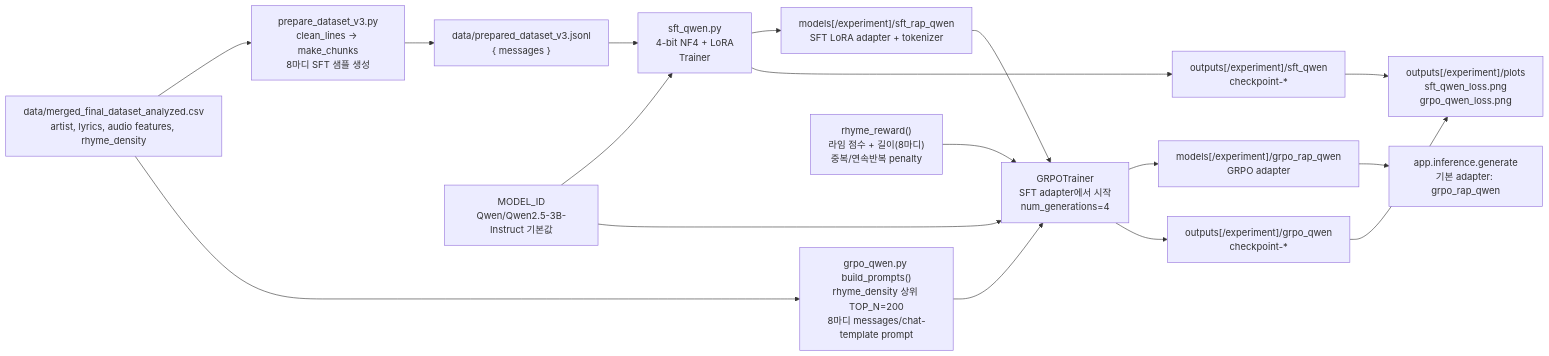
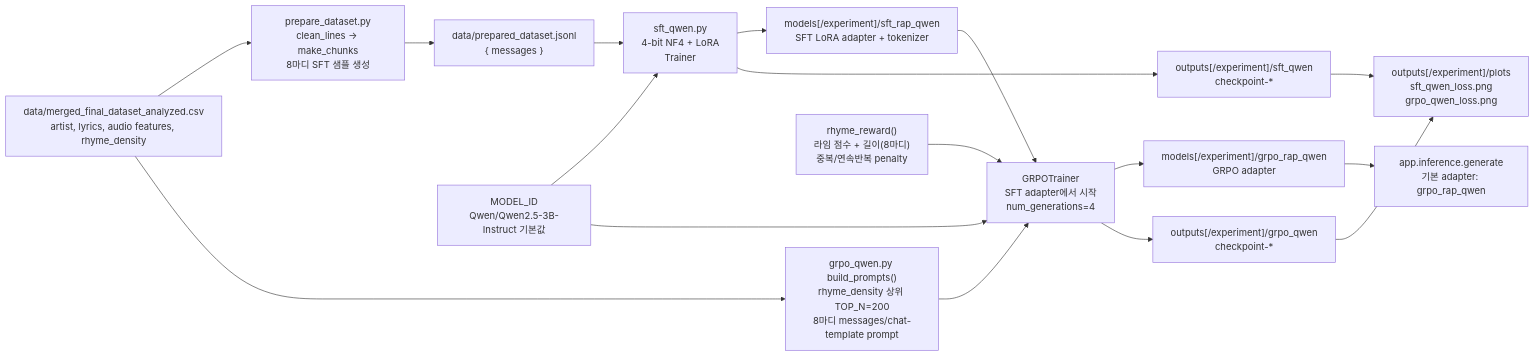
The second of 2 diagrams in pmtm-ai/docs/training-pipeline.md (hnuu785/PMTM), drawn with Mermaid before and after one commit. The commit also changed 6 other files, not shown here.

Commit message:
refactor: simplify dataset preparation pipeline by renaming prepare_dataset_v3.py to prepare_dataset.py and updating references

````diff
--- a/pmtm-ai/docs/training-pipeline.md
+++ b/pmtm-ai/docs/training-pipeline.md
@@ -39,38 +39,38 @@
 ```mermaid
 flowchart LR
     RawCSV["data/merged_final_dataset_analyzed.csv<br/>artist, lyrics, audio features, rhyme_density"]
-    Prepare["prepare_dataset_v3.py<br/>clean_lines → make_chunks<br/>8마디 SFT 샘플 생성"]
-    Jsonl["data/prepared_dataset_v3.jsonl<br/>{ messages }"]
+    Prepare["prepare_dataset.py<br/>clean_lines → make_chunks<br/>8마디 SFT 샘플 생성"]
+    Jsonl["data/prepared_dataset.jsonl<br/>{ messages }"]
 
     Base["MODEL_ID<br/>Qwen/Qwen2.5-3B-Instruct 기본값"]
     SFTTrain["sft_qwen.py<br/>4-bit NF4 + LoRA<br/>Trainer"]
     SFTOut["models[/experiment]/sft_rap_qwen<br/>SFT LoRA adapter + tokenizer"]
     SFTCkpt["outputs[/experiment]/sft_qwen<br/>checkpoint-*"]
 
     PromptBuild["grpo_qwen.py build_prompts()<br/>rhyme_density 상위 TOP_N=200<br/>8마디 messages/chat-template prompt"]
     Reward["rhyme_reward()<br/>라임 점수 + 길이(8마디)<br/>중복/연속반복 penalty"]
     GRPOTrain["GRPOTrainer<br/>SFT adapter에서 시작<br/>num_generations=4"]
     GRPOOut["models[/experiment]/grpo_rap_qwen<br/>GRPO adapter"]
     GRPOCkpt["outputs[/experiment]/grpo_qwen<br/>checkpoint-*"]
 
     Plots["outputs[/experiment]/plots<br/>sft_qwen_loss.png<br/>grpo_qwen_loss.png"]
     Inference["app.inference.generate<br/>기본 adapter: grpo_rap_qwen"]
 
     RawCSV --> Prepare --> Jsonl
     Jsonl --> SFTTrain
     Base --> SFTTrain
     SFTTrain --> SFTOut
     SFTTrain --> SFTCkpt
 
     RawCSV --> PromptBuild
     SFTOut --> GRPOTrain
     Base --> GRPOTrain
     PromptBuild --> GRPOTrain
     Reward --> GRPOTrain
     GRPOTrain --> GRPOOut
     GRPOTrain --> GRPOCkpt
 
     SFTCkpt --> Plots
     GRPOCkpt --> Plots
     GRPOOut --> Inference
 ```
````
